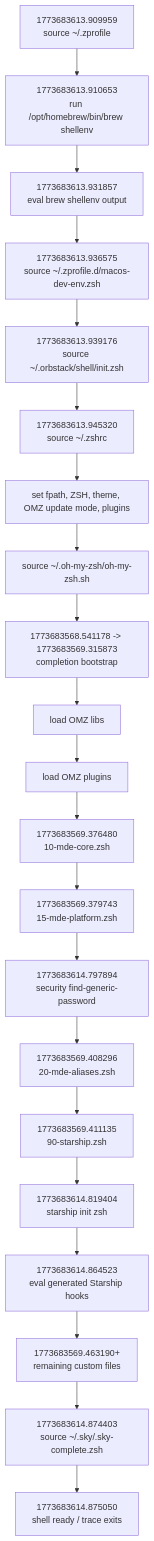
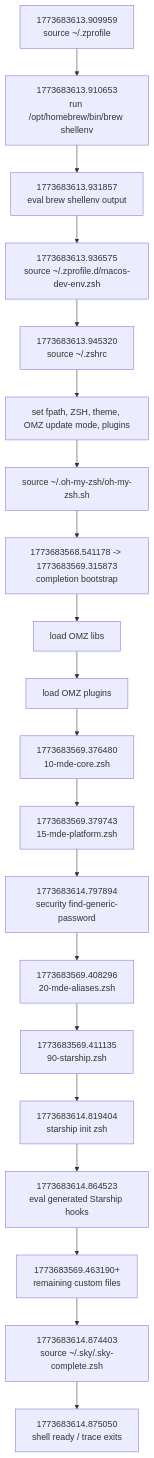
The second of 3 diagrams in docs/terminal-startup-profiling.md (ray-manaloto/macos-development-environment), drawn with Mermaid before and after one commit. The commit also changed other lines of this file and 26 other files, not shown here.

````diff
--- a/docs/terminal-startup-profiling.md
+++ b/docs/terminal-startup-profiling.md
@@ -276,23 +272,22 @@
 ```mermaid
 flowchart TD
     A["1773683613.909959<br/>source ~/.zprofile"] --> B["1773683613.910653<br/>run /opt/homebrew/bin/brew shellenv"]
     B --> C["1773683613.931857<br/>eval brew shellenv output"]
     C --> D["1773683613.936575<br/>source ~/.zprofile.d/macos-dev-env.zsh"]
-    D --> E["1773683613.939176<br/>source ~/.orbstack/shell/init.zsh"]
-    E --> F["1773683613.945320<br/>source ~/.zshrc"]
+    D --> F["1773683613.945320<br/>source ~/.zshrc"]
     F --> G["set fpath, ZSH, theme, OMZ update mode, plugins"]
     G --> H["source ~/.oh-my-zsh/oh-my-zsh.sh"]
     H --> I["1773683568.541178 -> 1773683569.315873<br/>completion bootstrap"]
     I --> J["load OMZ libs"]
     J --> K["load OMZ plugins"]
     K --> L["1773683569.376480<br/>10-mde-core.zsh"]
     L --> M["1773683569.379743<br/>15-mde-platform.zsh"]
     M --> N["1773683614.797894<br/>security find-generic-password"]
     N --> O["1773683569.408296<br/>20-mde-aliases.zsh"]
     O --> P["1773683569.411135<br/>90-starship.zsh"]
     P --> Q["1773683614.819404<br/>starship init zsh"]
     Q --> R["1773683614.864523<br/>eval generated Starship hooks"]
     R --> S["1773683569.463190+<br/>remaining custom files"]
     S --> T["1773683614.874403<br/>source ~/.sky/.sky-complete.zsh"]
     T --> U["1773683614.875050<br/>shell ready / trace exits"]
 ```
````
